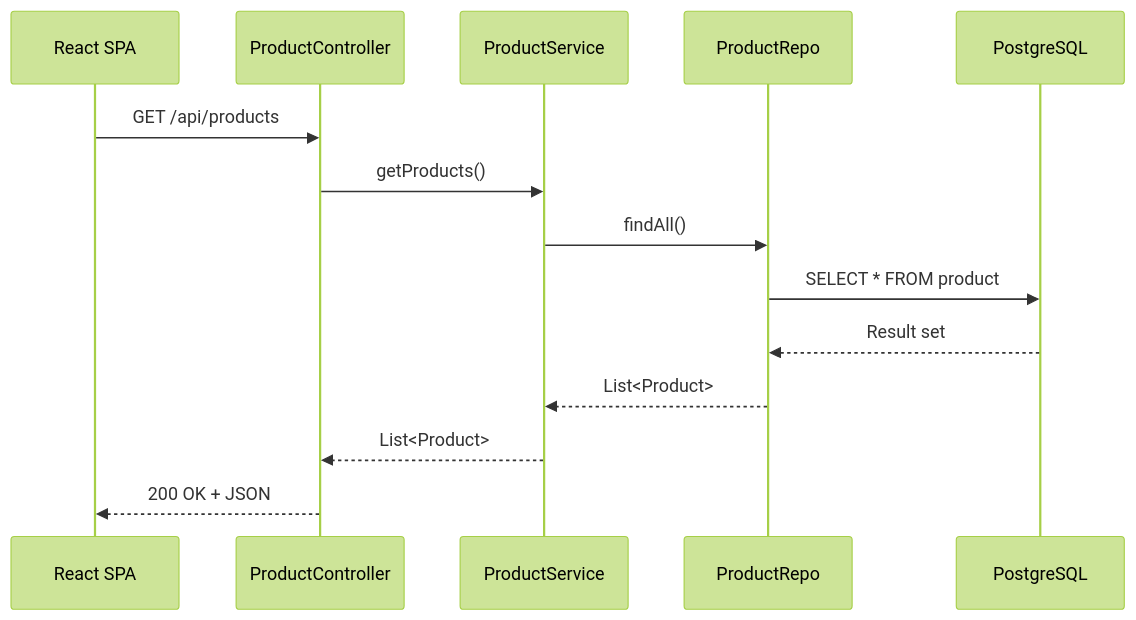
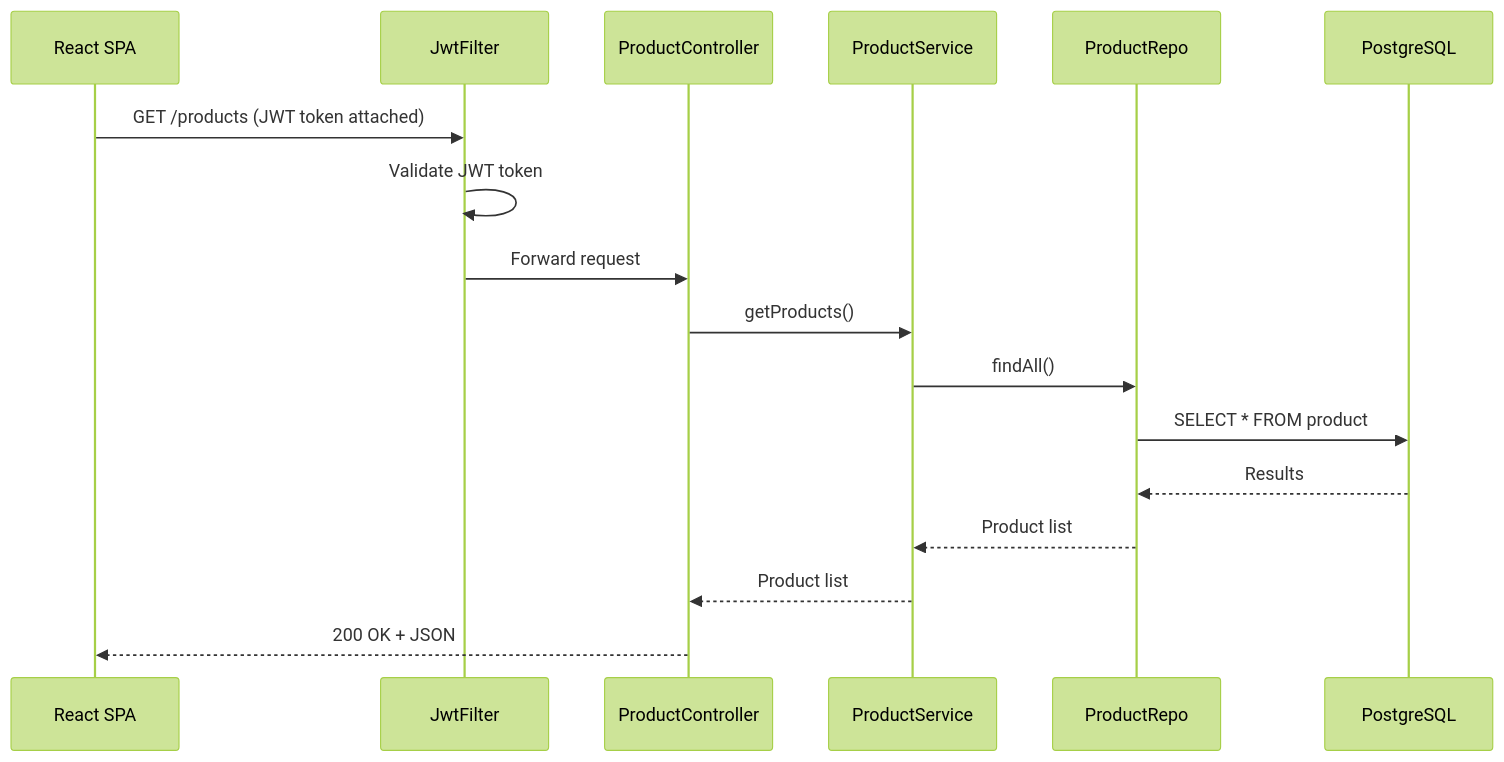
One commit to shubhdubey1/spring-Ecommerce changed the first of 2 diagrams in README.md. Above: the diagram before and after it, drawn with Mermaid (forest theme). The commit also changed other lines of this file, not shown here.

````diff
--- a/README.md
+++ b/README.md
@@ -85,17 +103,20 @@
 ```mermaid
 sequenceDiagram
     participant Client as React SPA
+    participant JF as JwtFilter
     participant Controller as ProductController
     participant Service as ProductService
     participant Repo as ProductRepo
     participant DB as PostgreSQL
- 
-    Client->>Controller: GET /api/products
+
+    Client->>JF: GET /products (JWT token attached)
+    JF->>JF: Validate JWT token
+    JF->>Controller: Forward request
     Controller->>Service: getProducts()
     Service->>Repo: findAll()
     Repo->>DB: SELECT * FROM product
-    DB-->>Repo: Result set
-    Repo-->>Service: List<Product>
-    Service-->>Controller: List<Product>
+    DB-->>Repo: Results
+    Repo-->>Service: Product list
+    Service-->>Controller: Product list
     Controller-->>Client: 200 OK + JSON
 ```
````
